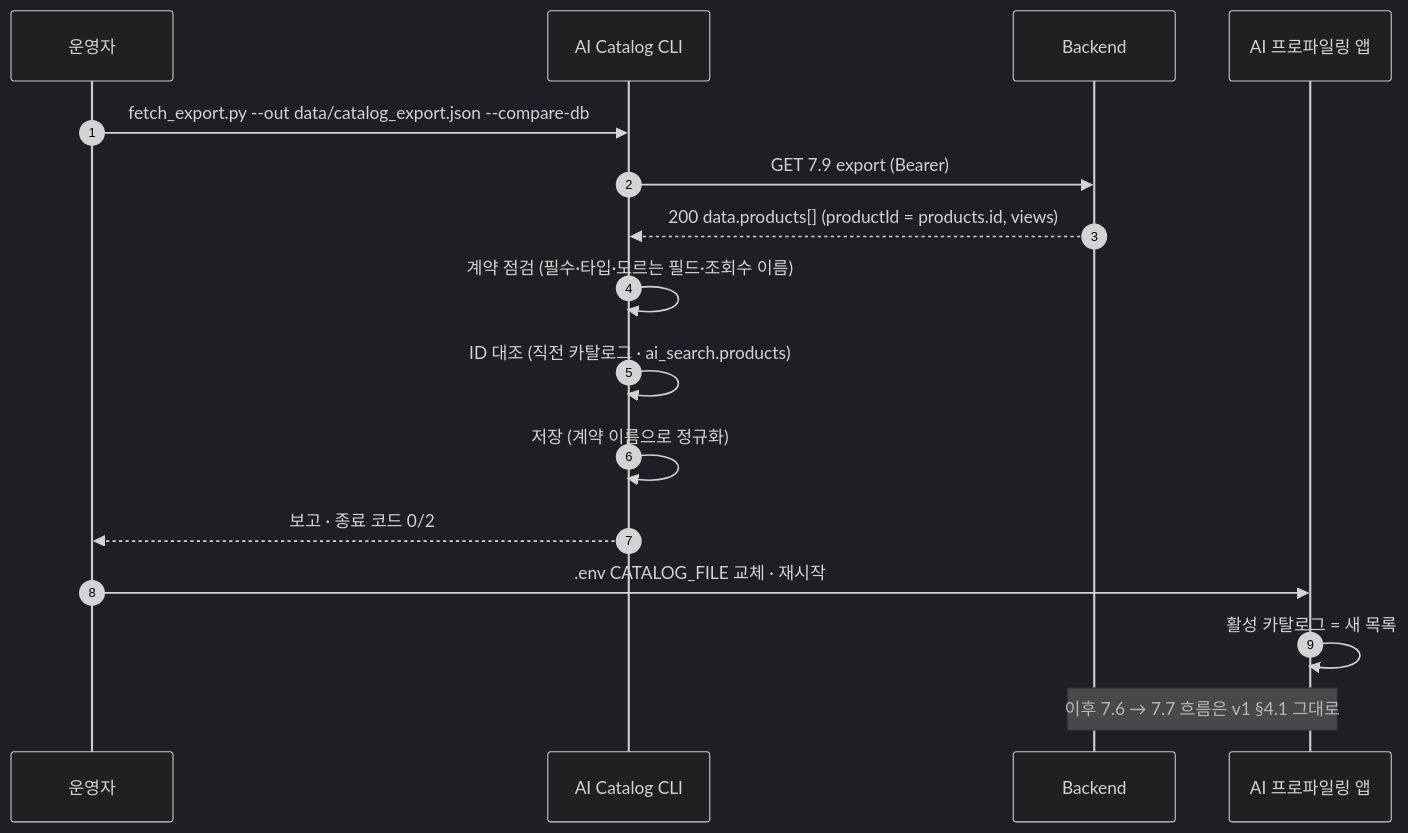
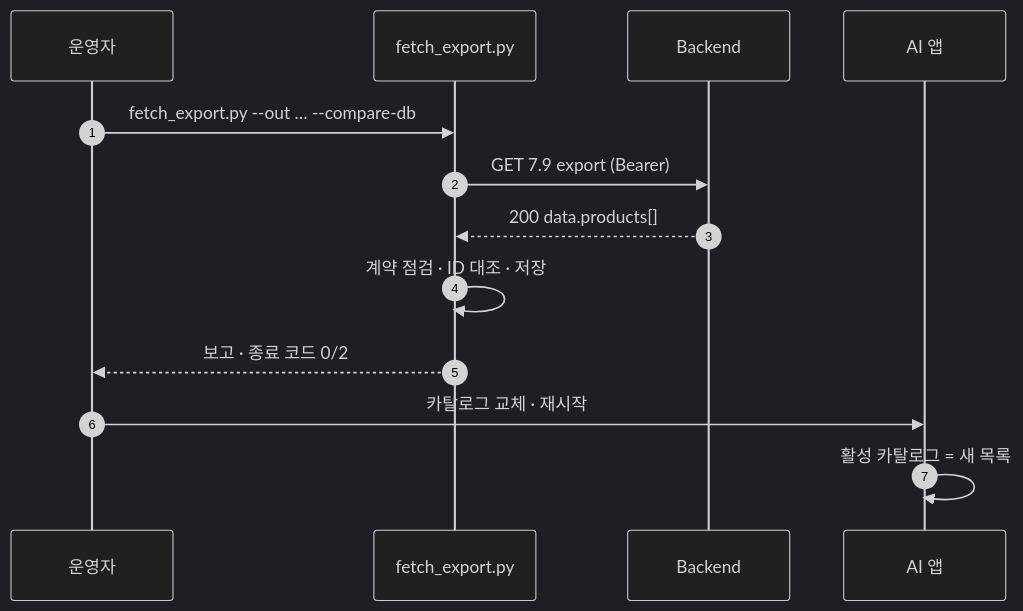
One commit to 100-hours-a-week/KTB4-12th-AI changed the first of 2 diagrams in profiling/docs/BE_연동_필드표_v2.md. Above: the diagram before and after it, drawn with Mermaid (dark theme). The commit also changed other lines of this file and 70 other files, not shown here.

````diff
--- a/profiling/docs/BE_연동_필드표_v2.md
+++ b/profiling/docs/BE_연동_필드표_v2.md
@@ -101,18 +101,15 @@
 ```mermaid
 sequenceDiagram
   autonumber
   participant OP as 운영자
-  participant AI as AI Catalog CLI
+  participant AI as fetch_export.py
   participant BE as Backend
-  participant APP as AI 프로파일링 앱
-  OP->>AI: fetch_export.py --out data/catalog_export.json --compare-db
+  participant APP as AI 앱
+  OP->>AI: fetch_export.py --out … --compare-db
   AI->>BE: GET 7.9 export (Bearer)
-  BE-->>AI: 200 data.products[] (productId = products.id, views)
-  AI->>AI: 계약 점검 (필수·타입·모르는 필드·조회수 이름)
-  AI->>AI: ID 대조 (직전 카탈로그 · ai_search.products)
-  AI->>AI: 저장 (계약 이름으로 정규화)
+  BE-->>AI: 200 data.products[]
+  AI->>AI: 계약 점검 · ID 대조 · 저장
   AI-->>OP: 보고 · 종료 코드 0/2
-  OP->>APP: .env CATALOG_FILE 교체 · 재시작
+  OP->>APP: 카탈로그 교체 · 재시작
   APP->>APP: 활성 카탈로그 = 새 목록
-  Note over BE,APP: 이후 7.6 → 7.7 흐름은 v1 §4.1 그대로
 ```
````
